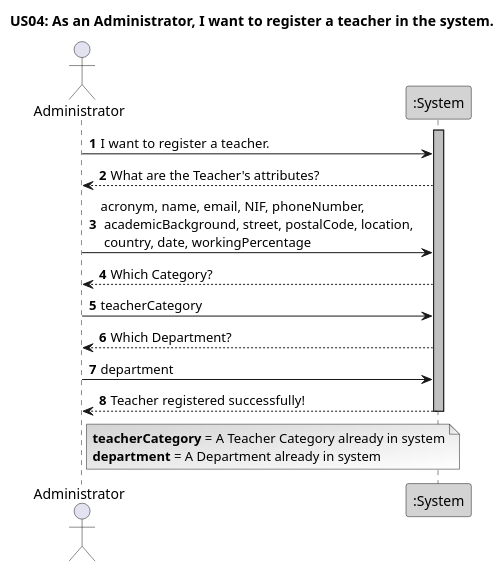
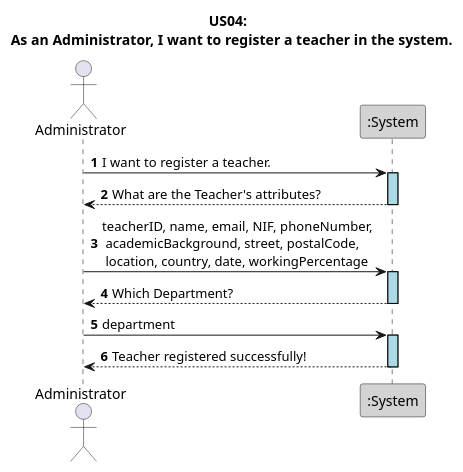
Before and after one commit to GasparISEP/DevOps-PAI: the diagram in docs/US04/Sprint6/ProcessView/Level1.puml, drawn with PlantUML.

Commit message:
docs: refactor Level 1 ProcessView diagrams to Teacher Registration. #500 #581

```diff
--- a/docs/US04/Sprint6/ProcessView/Level1.puml
+++ b/docs/US04/Sprint6/ProcessView/Level1.puml
@@ -1,25 +1,23 @@
 @startuml
 autonumber
 
-title US04: As an Administrator, I want to register a teacher in the system.
+skinparam sequence {
+   LifelineBorderColor black
+   LifelineBackgroundColor LightBlue
+ }
+
+title US04: \n As an Administrator, I want to register a teacher in the system.
 
 actor Administrator
 participant ":System" as System #lightgrey
 
-activate System #silver
-Administrator -> System: I want to register a teacher.
-System --> Administrator: What are the Teacher's attributes?
-Administrator -> System: acronym, name, email, NIF, phoneNumber, \n academicBackground, street, postalCode, location, \n country, date, workingPercentage
-System --> Administrator: Which Category?
-Administrator -> System: teacherCategory
-System --> Administrator: Which Department?
-Administrator -> System: department
-System --> Administrator: Teacher registered successfully!
-deactivate System
 
+Administrator -> System ++: I want to register a teacher.
+System --> Administrator --: What are the Teacher's attributes?
+Administrator -> System ++: teacherID, name, email, NIF, phoneNumber, \n academicBackground, street, postalCode, \n location, country, date, workingPercentage
 
-Note Right Administrator #lightgray/White
-    **teacherCategory** = A Teacher Category already in system
-    **department** = A Department already in system
-End Note
+System --> Administrator --: Which Department?
+Administrator -> System ++: department
+System --> Administrator --: Teacher registered successfully!
+
 @enduml
```
